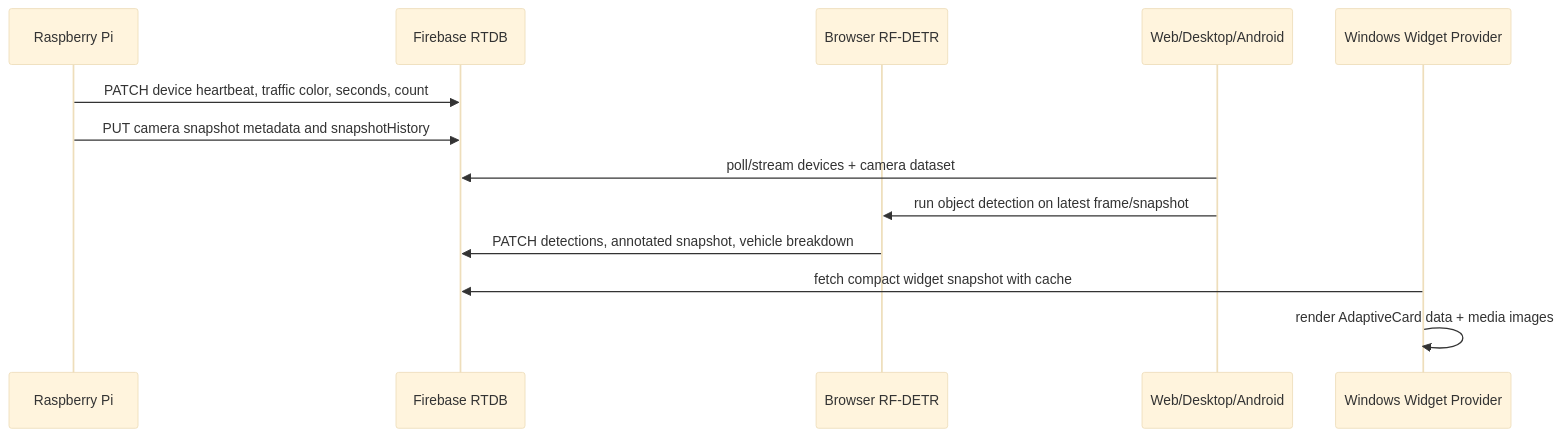
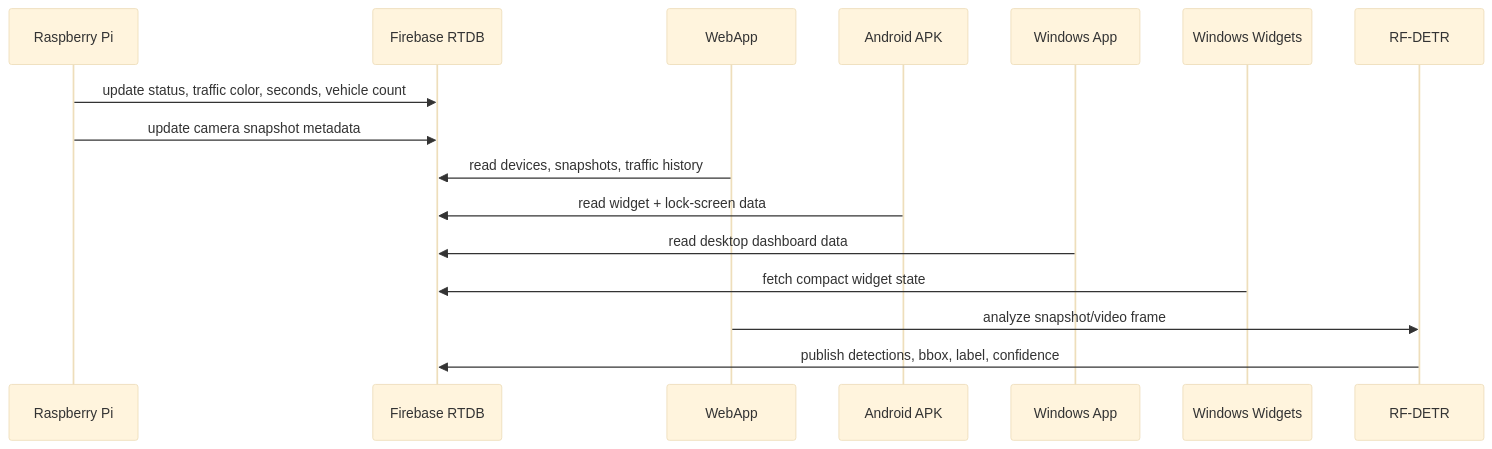
Before and after one commit to galihru/its: the second of 2 diagrams in README.md, drawn with Mermaid (base theme). The commit also changed other lines of this file and 39 other files, not shown here.

````diff
--- a/README.md
+++ b/README.md
@@ -56,16 +59,19 @@
 ```mermaid
 sequenceDiagram
   participant Pi as Raspberry Pi
   participant RTDB as Firebase RTDB
-  participant AI as Browser RF-DETR
-  participant App as Web/Desktop/Android
-  participant W as Windows Widget Provider
+  participant Web as WebApp
+  participant APK as Android APK
+  participant MSIX as Windows App
+  participant W as Windows Widgets
+  participant AI as RF-DETR
 
-  Pi->>RTDB: PATCH device heartbeat, traffic color, seconds, count
-  Pi->>RTDB: PUT camera snapshot metadata and snapshotHistory
-  App->>RTDB: poll/stream devices + camera dataset
-  App->>AI: run object detection on latest frame/snapshot
-  AI->>RTDB: PATCH detections, annotated snapshot, vehicle breakdown
-  W->>RTDB: fetch compact widget snapshot with cache
-  W->>W: render AdaptiveCard data + media images
+  Pi->>RTDB: update status, traffic color, seconds, vehicle count
+  Pi->>RTDB: update camera snapshot metadata
+  Web->>RTDB: read devices, snapshots, traffic history
+  APK->>RTDB: read widget + lock-screen data
+  MSIX->>RTDB: read desktop dashboard data
+  W->>RTDB: fetch compact widget state
+  Web->>AI: analyze snapshot/video frame
+  AI->>RTDB: publish detections, bbox, label, confidence
 ```
````
